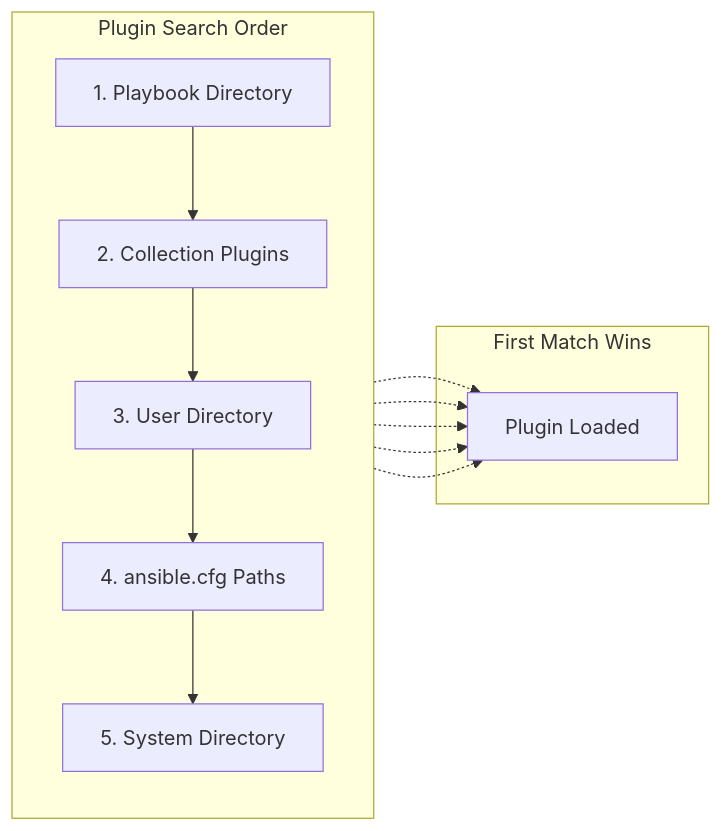
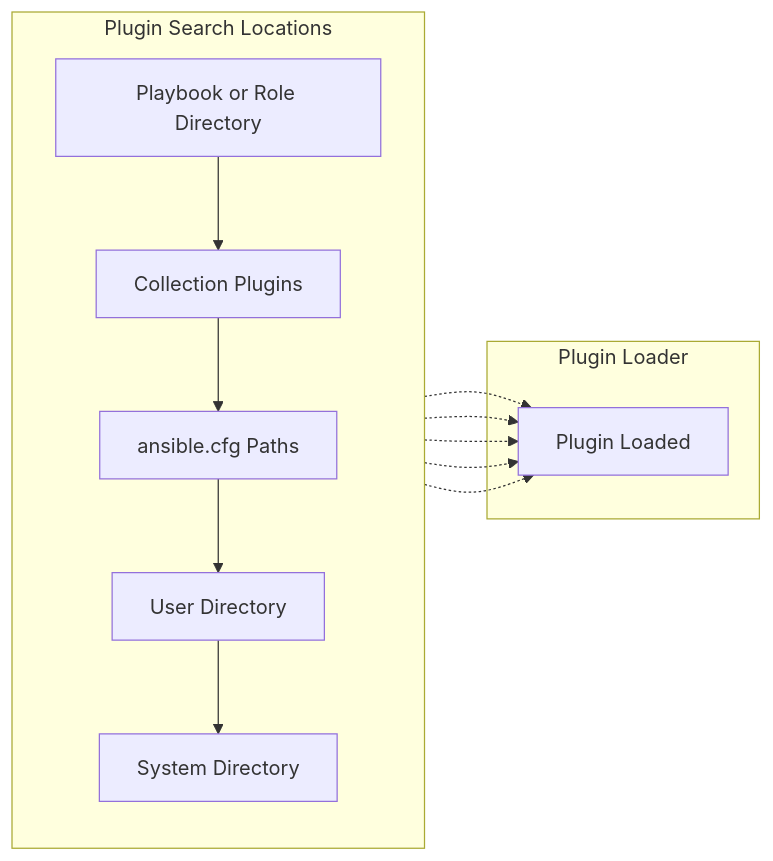
The second of 4 diagrams in posts/2026-01-30-ansible-jinja2-extensions/README.md (OneUptime/blog), drawn with Mermaid before and after one commit. The commit also changed other lines of this file and 2 other files, not shown here.

Commit message:
validate: 2026-01-30-ansible-jinja2-extensions

````diff
--- a/posts/2026-01-30-ansible-jinja2-extensions/README.md
+++ b/posts/2026-01-30-ansible-jinja2-extensions/README.md
@@ -65,23 +65,23 @@
 ```mermaid
 flowchart LR
-    subgraph Search["Plugin Search Order"]
+    subgraph Search["Plugin Search Locations"]
         direction TB
-        A[1. Playbook Directory]
-        B[2. Collection Plugins]
-        C[3. User Directory]
-        D[4. ansible.cfg Paths]
-        E[5. System Directory]
+        A[Playbook or Role Directory]
+        B[Collection Plugins]
+        C[ansible.cfg Paths]
+        D[User Directory]
+        E[System Directory]
     end
 
     A --> B --> C --> D --> E
 
-    subgraph Found["First Match Wins"]
+    subgraph Found["Plugin Loader"]
         Plugin[Plugin Loaded]
     end
 
     A -.-> Plugin
     B -.-> Plugin
     C -.-> Plugin
     D -.-> Plugin
     E -.-> Plugin
 ```
````
